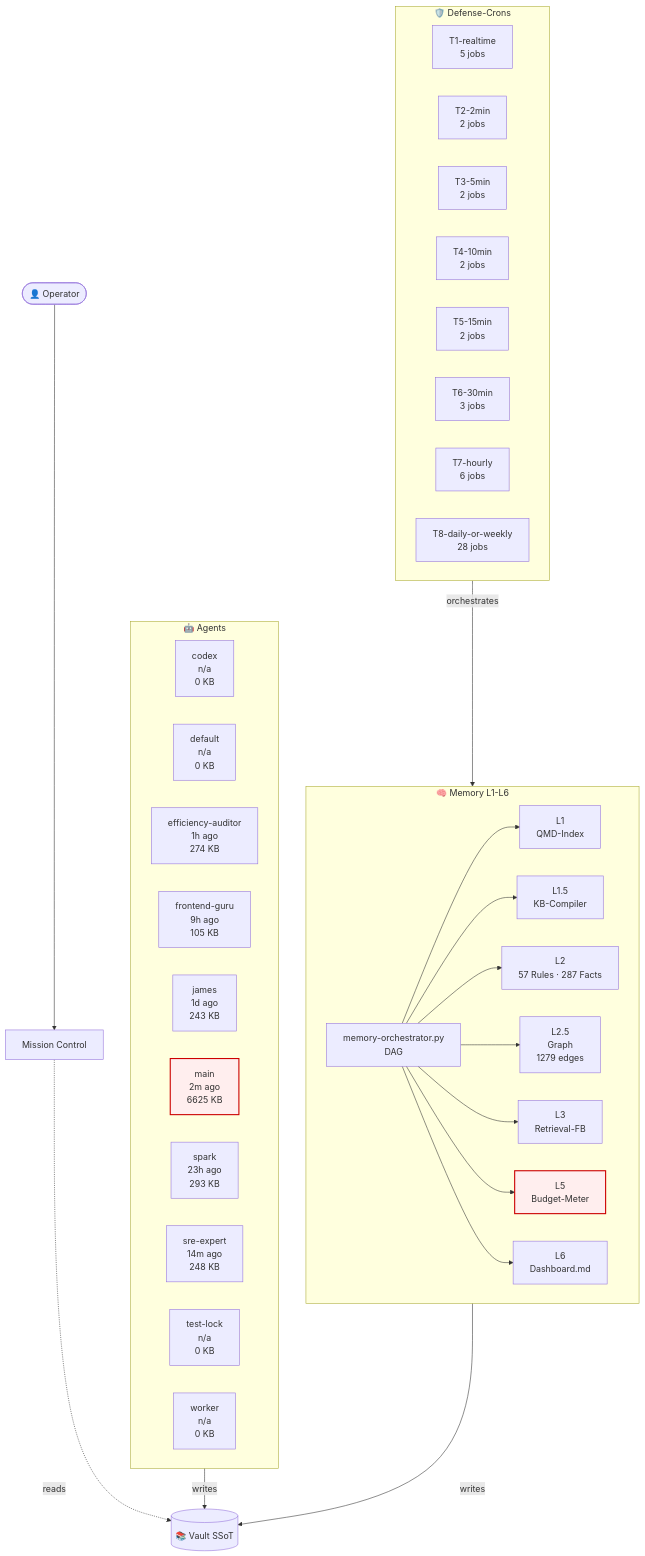
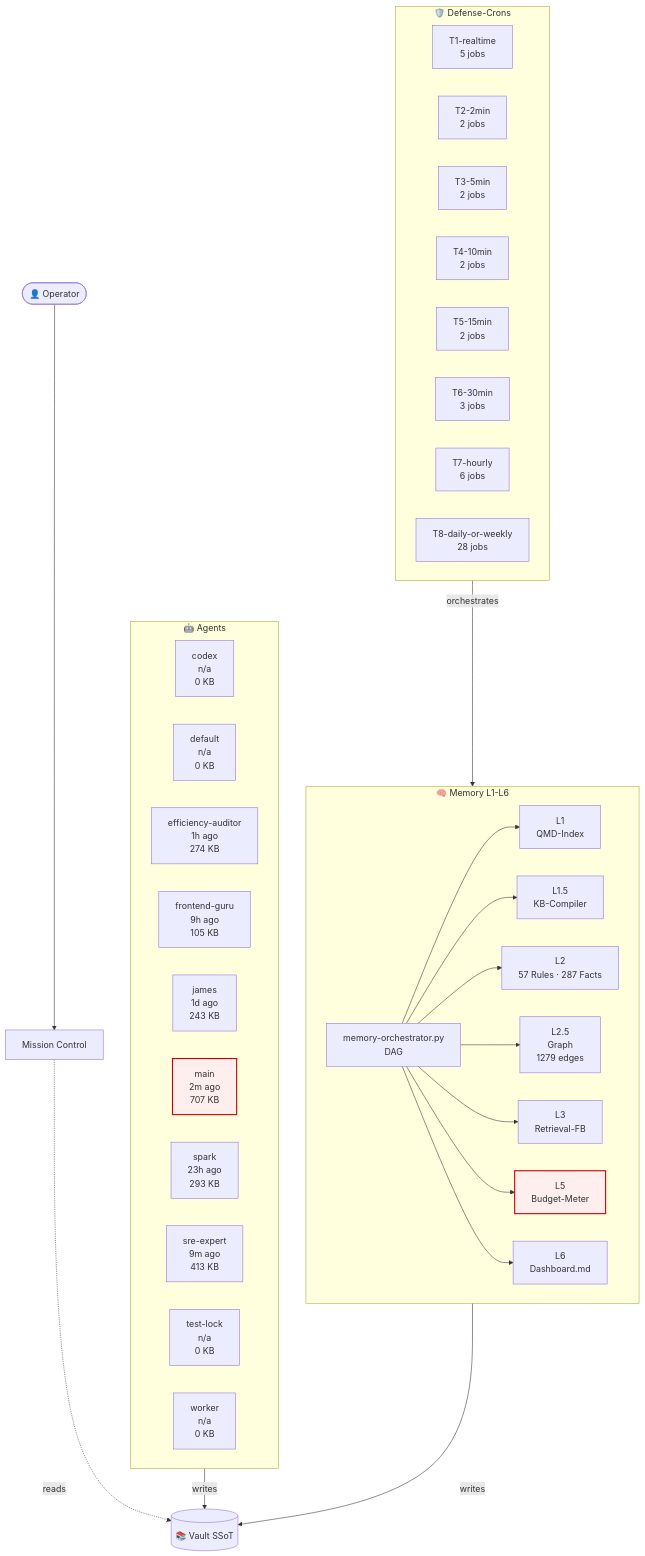
One commit to lenardhuebner88-rgb/openclaw-memory changed the diagram in 03-Agents/architecture-live.md. Above: the diagram before and after it, drawn with Mermaid. The commit also changed other lines of this file and 6 other files, not shown here.

````diff
--- a/03-Agents/architecture-live.md
+++ b/03-Agents/architecture-live.md
@@ -18,53 +18,53 @@
 ```mermaid
 flowchart TB
     classDef critical fill:#fee,stroke:#c00,stroke-width:2px;
     subgraph AGT["🤖 Agents"]
         agent_codex["codex<br/>n/a<br/>0 KB"]
         agent_default["default<br/>n/a<br/>0 KB"]
         agent_efficiency_auditor["efficiency-auditor<br/>1h ago<br/>274 KB"]
         agent_frontend_guru["frontend-guru<br/>9h ago<br/>105 KB"]
         agent_james["james<br/>1d ago<br/>243 KB"]
-        agent_main["main<br/>2m ago<br/>6625 KB"]
+        agent_main["main<br/>2m ago<br/>707 KB"]
         agent_spark["spark<br/>23h ago<br/>293 KB"]
-        agent_sre_expert["sre-expert<br/>14m ago<br/>248 KB"]
+        agent_sre_expert["sre-expert<br/>9m ago<br/>413 KB"]
         agent_test_lock["test-lock<br/>n/a<br/>0 KB"]
         agent_worker["worker<br/>n/a<br/>0 KB"]
     end
     subgraph MEM["🧠 Memory L1-L6"]
         L1["L1<br/>QMD-Index"]
         L15["L1.5<br/>KB-Compiler"]
         L2["L2<br/>57 Rules · 287 Facts"]
         L25["L2.5<br/>Graph<br/>1279 edges"]
         L3["L3<br/>Retrieval-FB"]
         L5["L5<br/>Budget-Meter"]
         L6["L6<br/>Dashboard.md"]
         ORCH["memory-orchestrator.py<br/>DAG"]
     end
     subgraph CRN["🛡️ Defense-Crons"]
         tier_T1_realtime["T1-realtime<br/>5 jobs"]
         tier_T2_2min["T2-2min<br/>2 jobs"]
         tier_T3_5min["T3-5min<br/>2 jobs"]
         tier_T4_10min["T4-10min<br/>2 jobs"]
         tier_T5_15min["T5-15min<br/>2 jobs"]
         tier_T6_30min["T6-30min<br/>3 jobs"]
         tier_T7_hourly["T7-hourly<br/>6 jobs"]
         tier_T8_daily_or_weekly["T8-daily-or-weekly<br/>28 jobs"]
     end
     VAULT[("📚 Vault SSoT")]
     OP([👤 Operator])
     MC["Mission Control"]
     OP --> MC
     MC -.reads.-> VAULT
     AGT -->|writes| VAULT
     MEM -->|writes| VAULT
     ORCH --> L1
     ORCH --> L15
     ORCH --> L2
     ORCH --> L25
     ORCH --> L3
     ORCH --> L5
     ORCH --> L6
     CRN -->|orchestrates| MEM
     class L5 critical
     class agent_main critical
 ```
````
